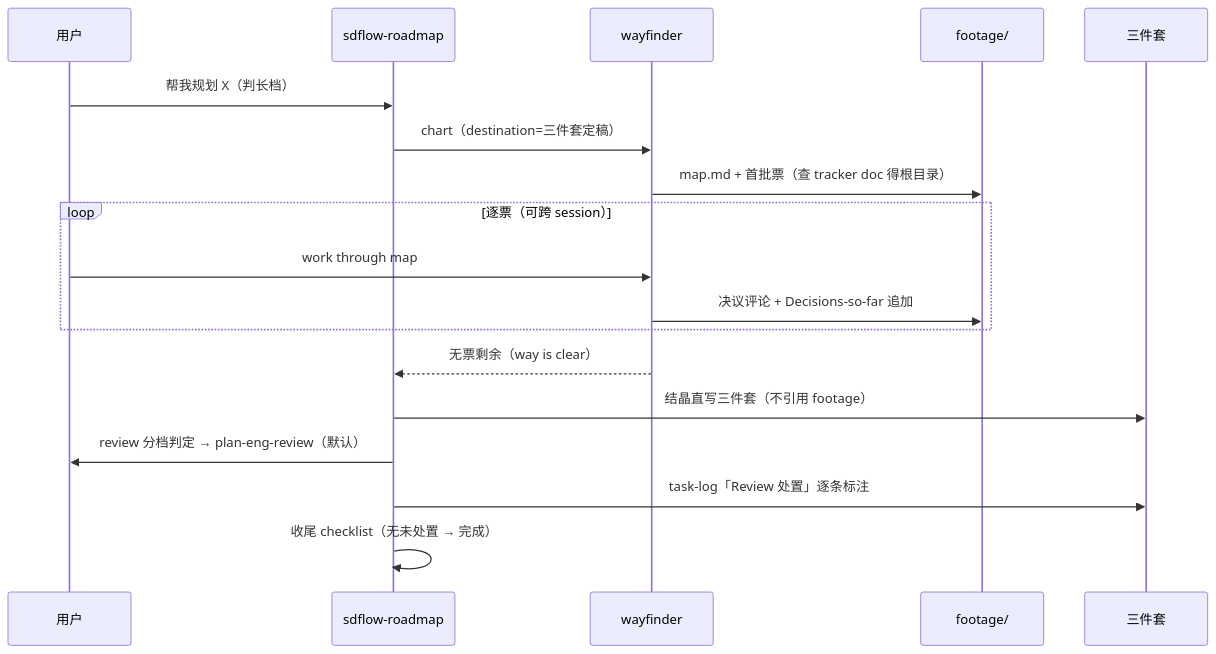
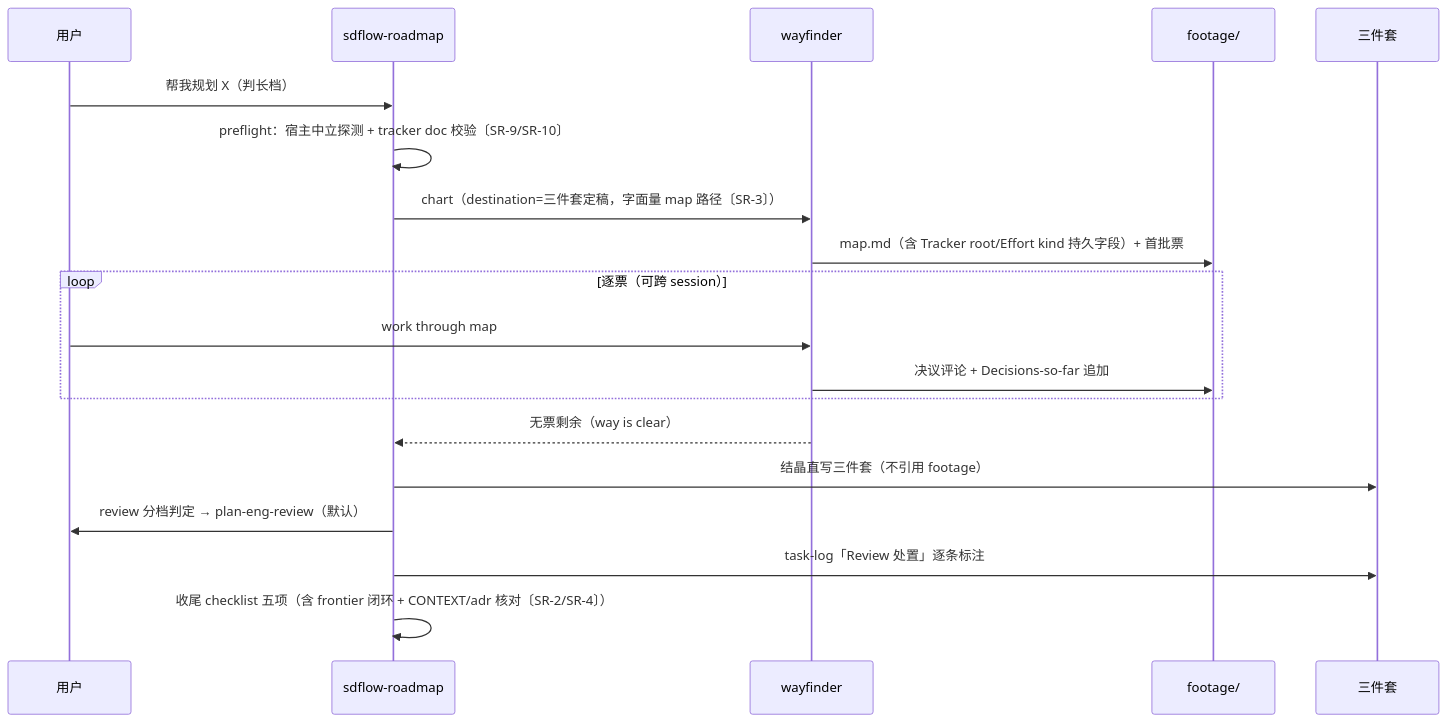
The second of 3 diagrams in openspec/changes/rebuild-sdflow-roadmap-v2/design.md (laodao-ai/sdflow-skills), drawn with Mermaid before and after one commit. The commit also changed other lines of this file and 4 other files, not shown here.

````diff
--- a/openspec/changes/rebuild-sdflow-roadmap-v2/design.md
+++ b/openspec/changes/rebuild-sdflow-roadmap-v2/design.md
@@ -88,20 +90,21 @@
 ```mermaid
 sequenceDiagram
     participant U as 用户
     participant SK as sdflow-roadmap
     participant WF as wayfinder
     participant FT as footage/
     participant PKG as 三件套
     U->>SK: 帮我规划 X（判长档）
-    SK->>WF: chart（destination=三件套定稿）
-    WF->>FT: map.md + 首批票（查 tracker doc 得根目录）
+    SK->>SK: preflight：宿主中立探测 + tracker doc 校验〔SR-9/SR-10〕
+    SK->>WF: chart（destination=三件套定稿，字面量 map 路径〔SR-3〕）
+    WF->>FT: map.md（含 Tracker root/Effort kind 持久字段）+ 首批票
     loop 逐票（可跨 session）
         U->>WF: work through map
         WF->>FT: 决议评论 + Decisions-so-far 追加
     end
     WF-->>SK: 无票剩余（way is clear）
     SK->>PKG: 结晶直写三件套（不引用 footage）
     SK->>U: review 分档判定 → plan-eng-review（默认）
     SK->>PKG: task-log「Review 处置」逐条标注
-    SK->>SK: 收尾 checklist（无未处置 → 完成）
+    SK->>SK: 收尾 checklist 五项（含 frontier 闭环 + CONTEXT/adr 核对〔SR-2/SR-4〕）
 ```
````
